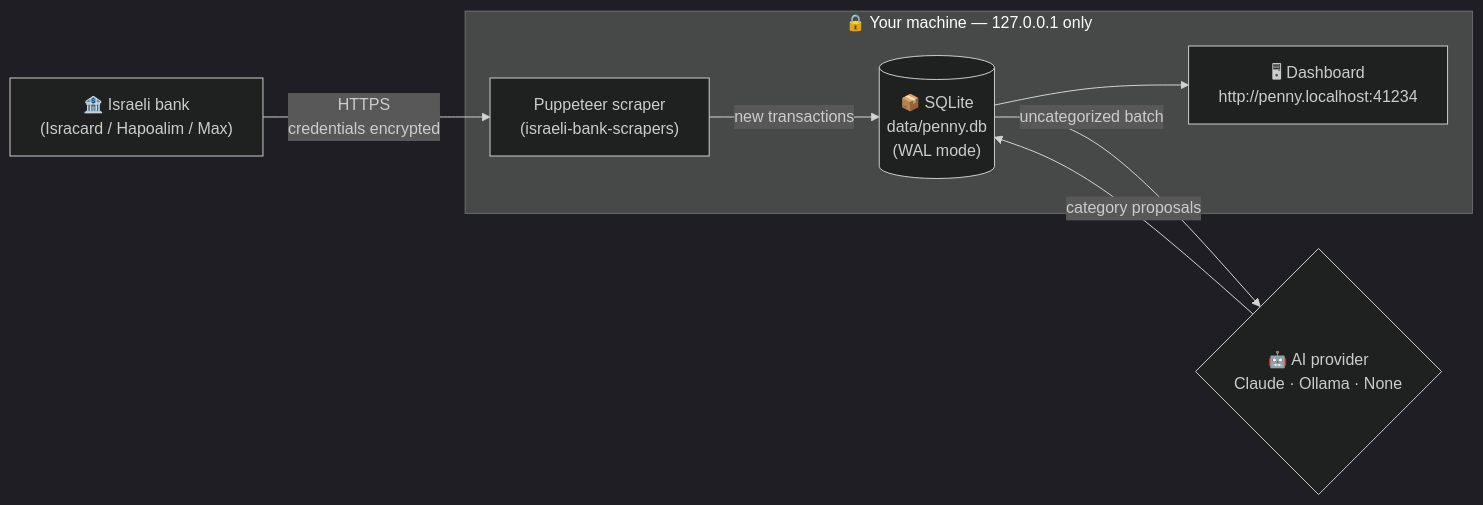
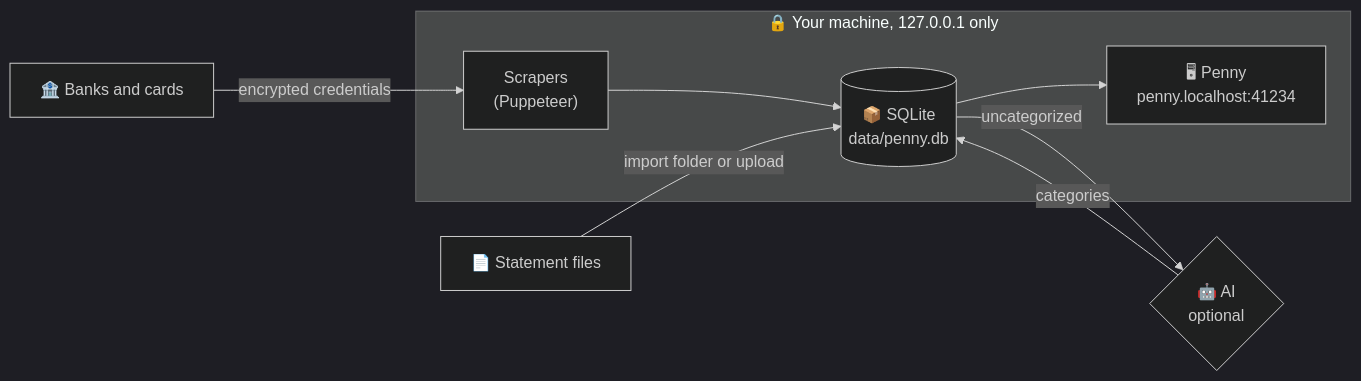
One commit to IsraelShok/Penny changed the diagram in README.md. Above: the diagram before and after it, drawn with Mermaid (dark theme). The commit also changed other lines of this file, not shown here.

Commit message:
docs: rewrite README for the current app (Hebrew-first, 18 institutions, Israeli tools, profiles, onboarding, accessibility)

````diff
--- a/README.md
+++ b/README.md
@@ -145,20 +115,22 @@
 ```mermaid
 flowchart LR
-    Bank["🏦 Israeli bank<br/>(Isracard / Hapoalim / Max)"]
-    Scraper["Puppeteer scraper<br/>(israeli-bank-scrapers)"]
-    DB[("📦 SQLite<br/>data/penny.db<br/>(WAL mode)")]
-    AI{"🤖 AI provider<br/>Claude · Ollama · None"}
-    UI["🖥 Dashboard<br/>http://penny.localhost:41234"]
+    Banks["🏦 Banks and cards"]
+    Files["📄 Statement files"]
+    Scraper["Scrapers<br/>(Puppeteer)"]
+    DB[("📦 SQLite<br/>data/penny.db")]
+    AI{"🤖 AI<br/>optional"}
+    UI["🖥 Penny<br/>penny.localhost:41234"]
 
-    Bank -->|HTTPS<br/>credentials encrypted| Scraper
-    Scraper -->|new transactions| DB
-    DB -->|uncategorized batch| AI
-    AI -->|category proposals| DB
+    Banks -->|encrypted credentials| Scraper
+    Scraper --> DB
+    Files -->|import folder or upload| DB
+    DB -->|uncategorized| AI
+    AI -->|categories| DB
     DB --> UI
 
-    subgraph local["🔒 Your machine — 127.0.0.1 only"]
+    subgraph local["🔒 Your machine, 127.0.0.1 only"]
         Scraper
         DB
         UI
     end
 ```
````
